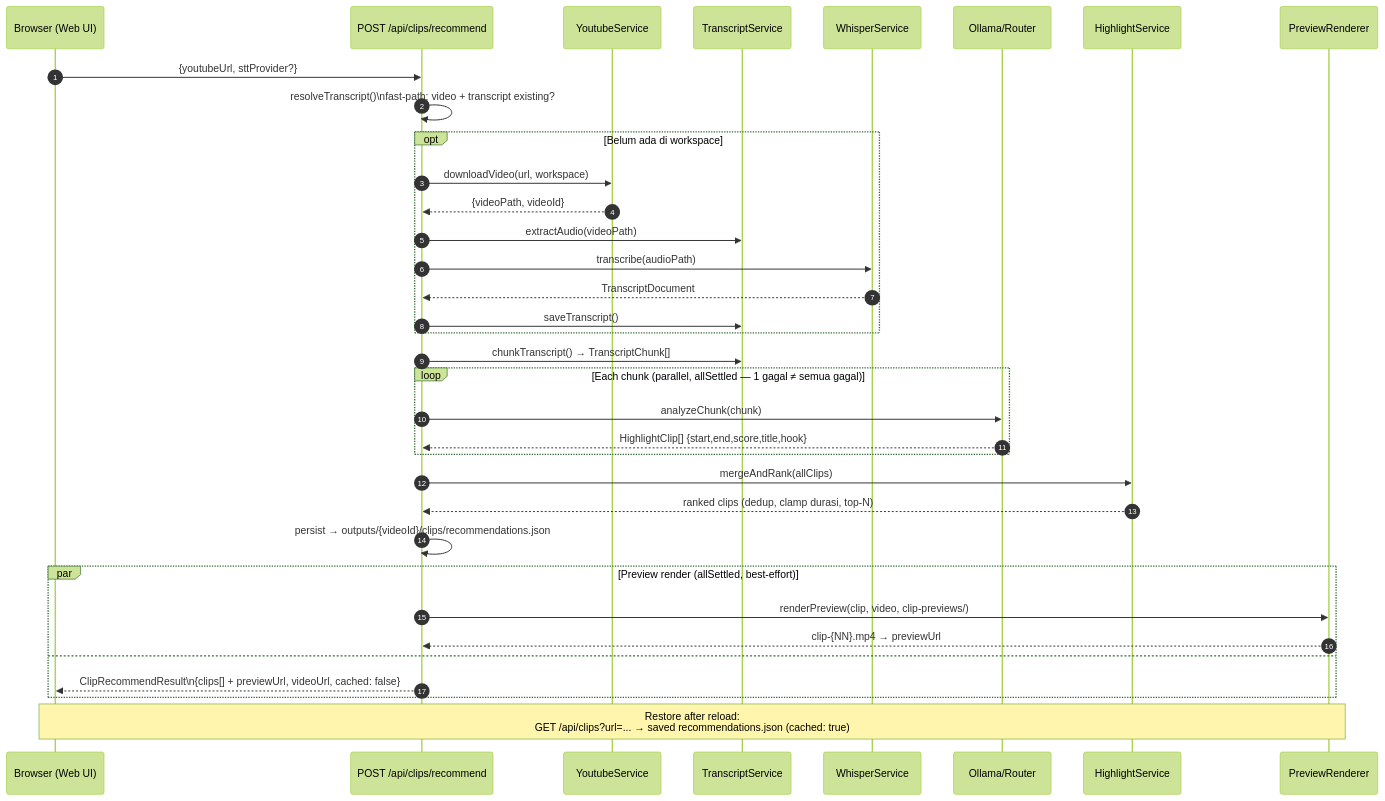
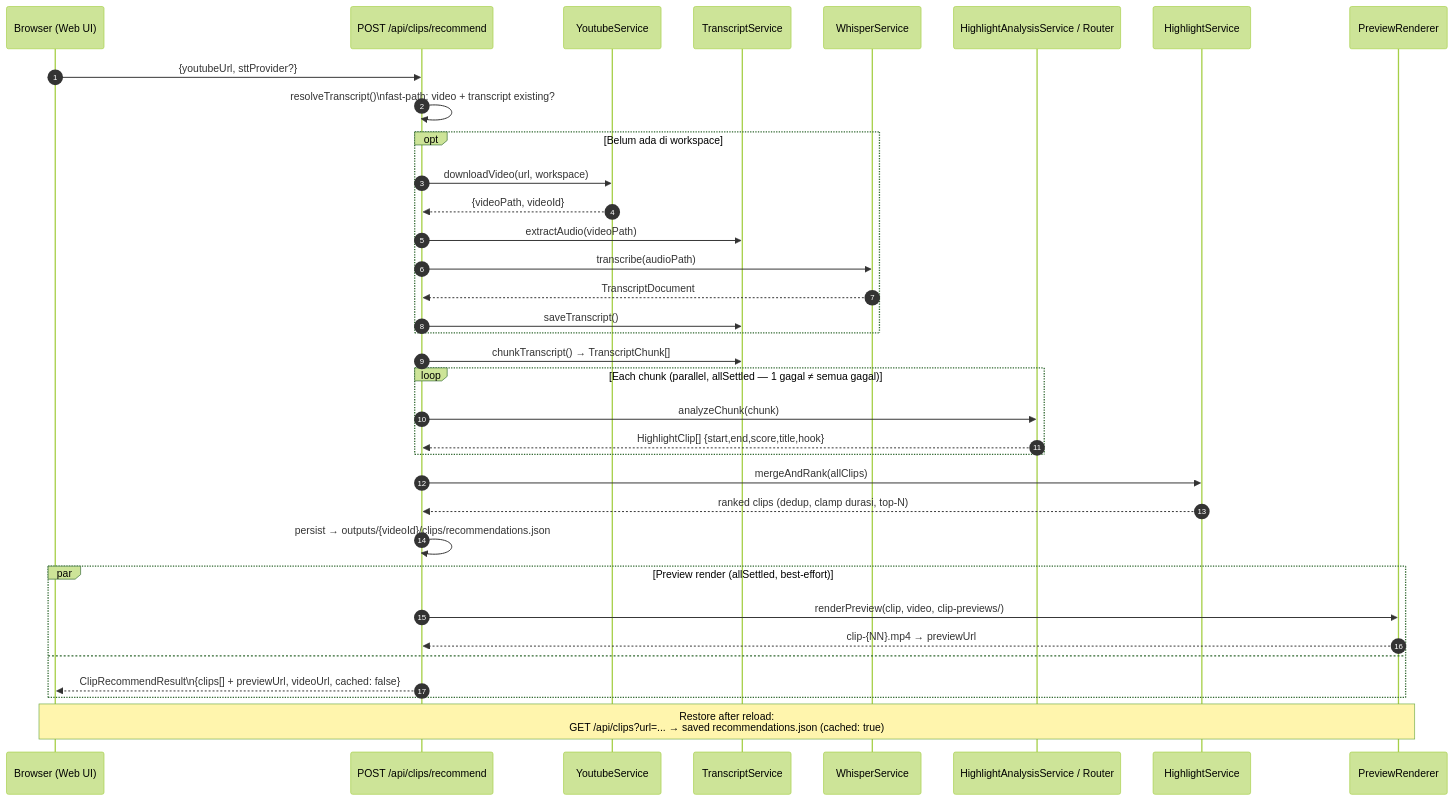
Before and after one commit to satalesmana/youtube-clip: the fourth of 6 diagrams in documentation/clip-process-flow.md, drawn with Mermaid (forest theme). The commit also changed other lines of this file and 24 other files, not shown here.

Commit message:
refactor: replace OllamaService with HighlightAnalysisService and unify AI provider interface

````diff
--- a/documentation/clip-process-flow.md
+++ b/documentation/clip-process-flow.md
@@ -210,45 +210,45 @@
 ```mermaid
 sequenceDiagram
     autonumber
     participant Browser as Browser (Web UI)
     participant API as POST /api/clips/recommend
     participant YT as YoutubeService
     participant TS as TranscriptService
     participant WH as WhisperService
-    participant AI as Ollama/Router
+    participant AI as HighlightAnalysisService / Router
     participant HL as HighlightService
     participant PR as PreviewRenderer
 
     Browser->>API: {youtubeUrl, sttProvider?}
 
     API->>API: resolveTranscript()\nfast-path: video + transcript existing?
     opt Belum ada di workspace
         API->>YT: downloadVideo(url, workspace)
         YT-->>API: {videoPath, videoId}
         API->>TS: extractAudio(videoPath)
         API->>WH: transcribe(audioPath)
         WH-->>API: TranscriptDocument
         API->>TS: saveTranscript()
     end
 
     API->>TS: chunkTranscript() → TranscriptChunk[]
 
     loop Each chunk (parallel, allSettled — 1 gagal ≠ semua gagal)
         API->>AI: analyzeChunk(chunk)
         AI-->>API: HighlightClip[] {start,end,score,title,hook}
     end
 
     API->>HL: mergeAndRank(allClips)
     HL-->>API: ranked clips (dedup, clamp durasi, top-N)
 
     API->>API: persist → outputs/{videoId}/clips/recommendations.json
 
     par Preview render (allSettled, best-effort)
         API->>PR: renderPreview(clip, video, clip-previews/)
         PR-->>API: clip-{NN}.mp4 → previewUrl
     and
         API-->>Browser: ClipRecommendResult\n{clips[] + previewUrl, videoUrl, cached: false}
     end
 
     Note over Browser,PR: Restore after reload:<br/>GET /api/clips?url=... → saved recommendations.json (cached: true)
 ```
````
